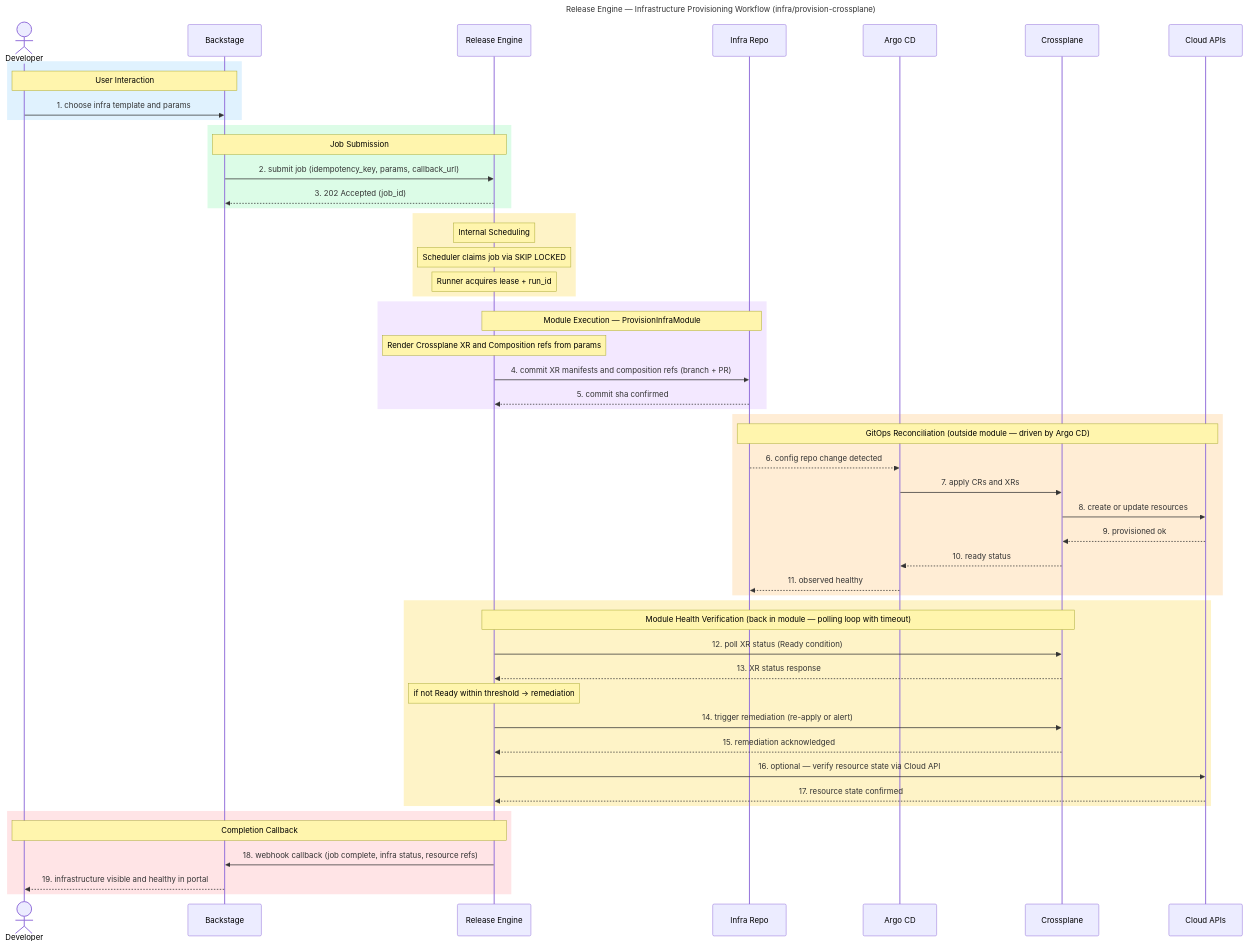
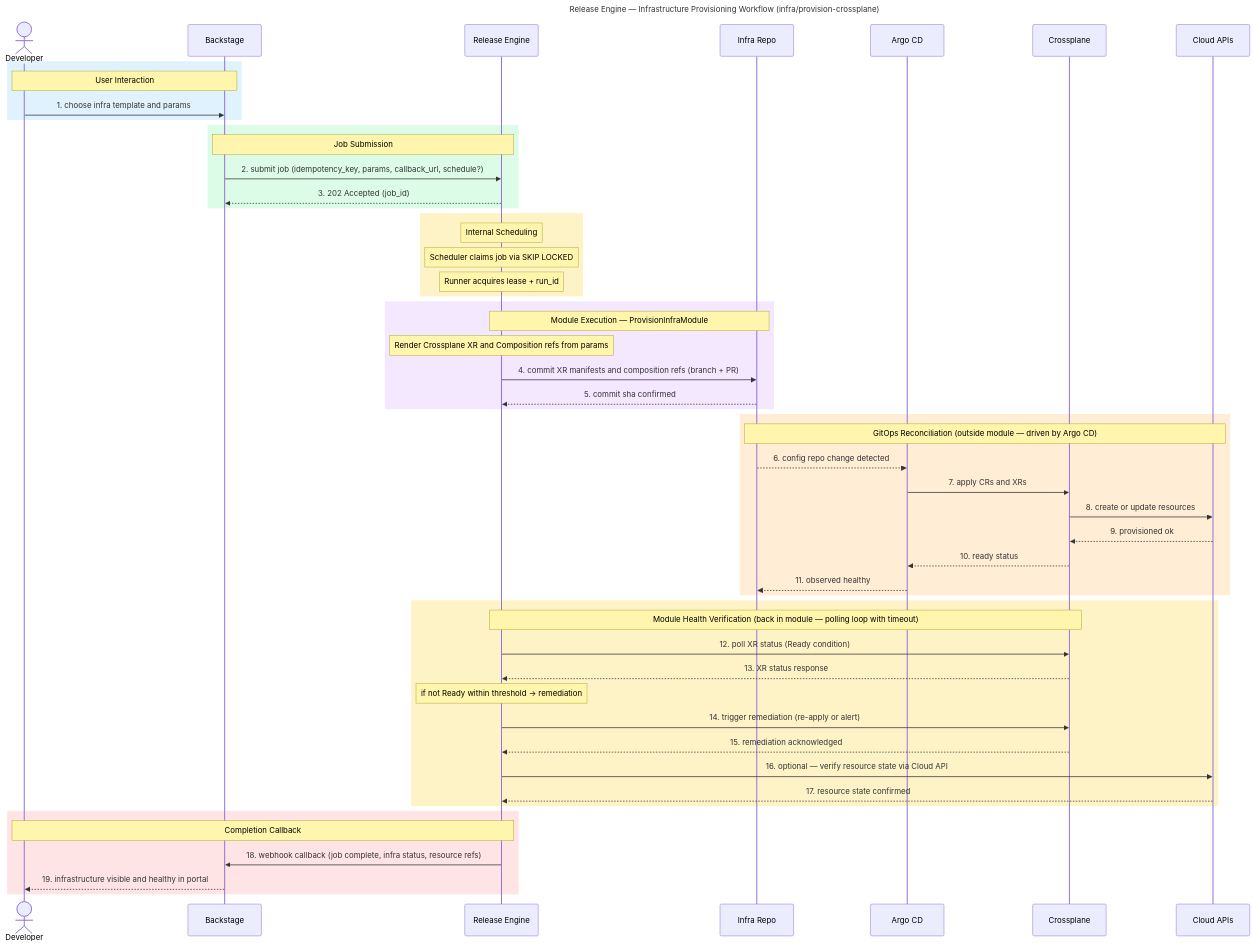
One commit to gatblau/release-engine changed the diagram in docs/workflows/infra_provision.md. Above: the diagram before and after it, drawn with Mermaid. The commit also changed other lines of this file and 26 other files, not shown here.

````diff
--- a/docs/workflows/infra_provision.md
+++ b/docs/workflows/infra_provision.md
@@ -40,64 +45,64 @@
 ```mermaid
 ---
 title: "Release Engine — Infrastructure Provisioning Workflow (infra/provision-crossplane)"
 ---
 sequenceDiagram
     actor Developer
     participant Backstage
     participant ReleaseEngine as Release Engine
     participant InfraRepo as Infra Repo
     participant ArgoCD as Argo CD
     participant Crossplane
     participant CloudAPIs as Cloud APIs
 
     rect rgb(224, 242, 254)
         Note over Developer,Backstage: User Interaction
         Developer->>Backstage: 1. choose infra template and params
     end
 
     rect rgb(220, 252, 231)
         Note over Backstage,ReleaseEngine: Job Submission
-        Backstage->>ReleaseEngine: 2. submit job (idempotency_key, params, callback_url)
+        Backstage->>ReleaseEngine: 2. submit job (idempotency_key, params, callback_url, schedule?)
         ReleaseEngine-->>Backstage: 3. 202 Accepted (job_id)
     end
 
     rect rgb(254, 243, 199)
         Note over ReleaseEngine: Internal Scheduling
         Note over ReleaseEngine: Scheduler claims job via SKIP LOCKED
         Note over ReleaseEngine: Runner acquires lease + run_id
     end
 
     rect rgb(243, 232, 255)
         Note over ReleaseEngine,InfraRepo: Module Execution — ProvisionInfraModule
         Note over ReleaseEngine: Render Crossplane XR and Composition refs from params
         ReleaseEngine->>InfraRepo: 4. commit XR manifests and composition refs (branch + PR)
         InfraRepo-->>ReleaseEngine: 5. commit sha confirmed
     end
 
     rect rgb(255, 237, 213)
         Note over InfraRepo,CloudAPIs: GitOps Reconciliation (outside module — driven by Argo CD)
         InfraRepo-->>ArgoCD: 6. config repo change detected
         ArgoCD->>Crossplane: 7. apply CRs and XRs
         Crossplane->>CloudAPIs: 8. create or update resources
         CloudAPIs-->>Crossplane: 9. provisioned ok
         Crossplane-->>ArgoCD: 10. ready status
         ArgoCD-->>InfraRepo: 11. observed healthy
     end
 
     rect rgb(254, 243, 199)
         Note over ReleaseEngine,Crossplane: Module Health Verification (back in module — polling loop with timeout)
         ReleaseEngine->>Crossplane: 12. poll XR status (Ready condition)
         Crossplane-->>ReleaseEngine: 13. XR status response
         Note over ReleaseEngine: if not Ready within threshold → remediation
         ReleaseEngine->>Crossplane: 14. trigger remediation (re-apply or alert)
         Crossplane-->>ReleaseEngine: 15. remediation acknowledged
         ReleaseEngine->>CloudAPIs: 16. optional — verify resource state via Cloud API
         CloudAPIs-->>ReleaseEngine: 17. resource state confirmed
     end
 
     rect rgb(255, 228, 230)
         Note over ReleaseEngine,Developer: Completion Callback
         ReleaseEngine->>Backstage: 18. webhook callback (job complete, infra status, resource refs)
         Backstage-->>Developer: 19. infrastructure visible and healthy in portal
     end
 ```
````
